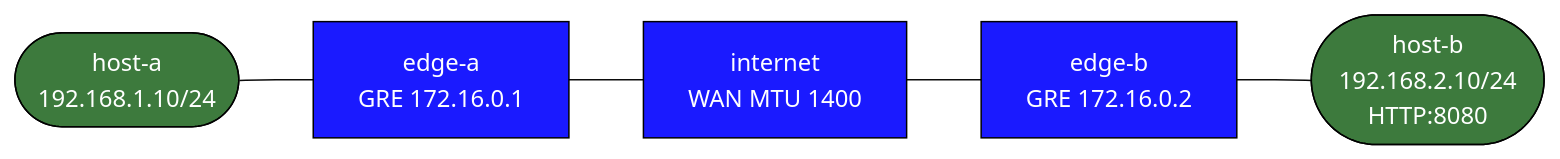
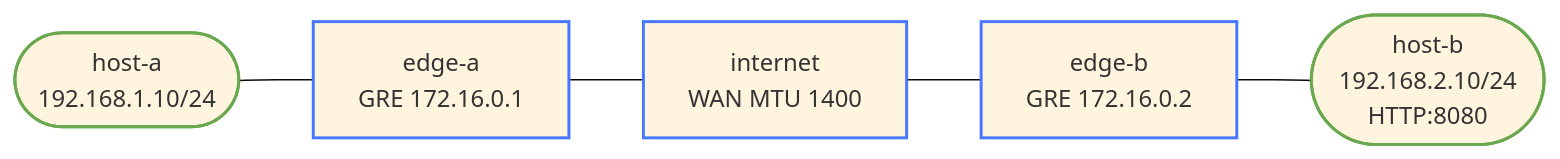
Before and after one commit to jschless/networkingLabs: the diagram in labs/mtu-pmtud-troubleshooting/README.md, drawn with Mermaid (base theme). The commit also changed 250 other files, not shown here.

Commit message:
Fix unreadable topology diagrams, convert ASCII art, publish assessments (#57)

````diff
--- a/labs/mtu-pmtud-troubleshooting/README.md
+++ b/labs/mtu-pmtud-troubleshooting/README.md
@@ -21,18 +21,18 @@
 ```mermaid
 flowchart LR
-    hosta(["host-a\n192.168.1.10/24"])
-    edgea["edge-a\nGRE 172.16.0.1"]
-    internet["internet\nWAN MTU 1400"]
-    edgeb["edge-b\nGRE 172.16.0.2"]
-    hostb(["host-b\n192.168.2.10/24\nHTTP:8080"])
+    hosta(["host-a<br/>192.168.1.10/24"])
+    edgea["edge-a<br/>GRE 172.16.0.1"]
+    internet["internet<br/>WAN MTU 1400"]
+    edgeb["edge-b<br/>GRE 172.16.0.2"]
+    hostb(["host-b<br/>192.168.2.10/24<br/>HTTP:8080"])
 
     hosta --- edgea
     edgea --- internet
     internet --- edgeb
     edgeb --- hostb
 
-    classDef router fill:#1a1aff,color:#fff,stroke:#000
-    classDef host fill:#3d7a3d,color:#fff,stroke:#000
+    classDef router stroke:#4778ff,stroke-width:2px
+    classDef host stroke:#6aa84f,stroke-width:2px
     class edgea,internet,edgeb router
     class hosta,hostb host
 ```
````
